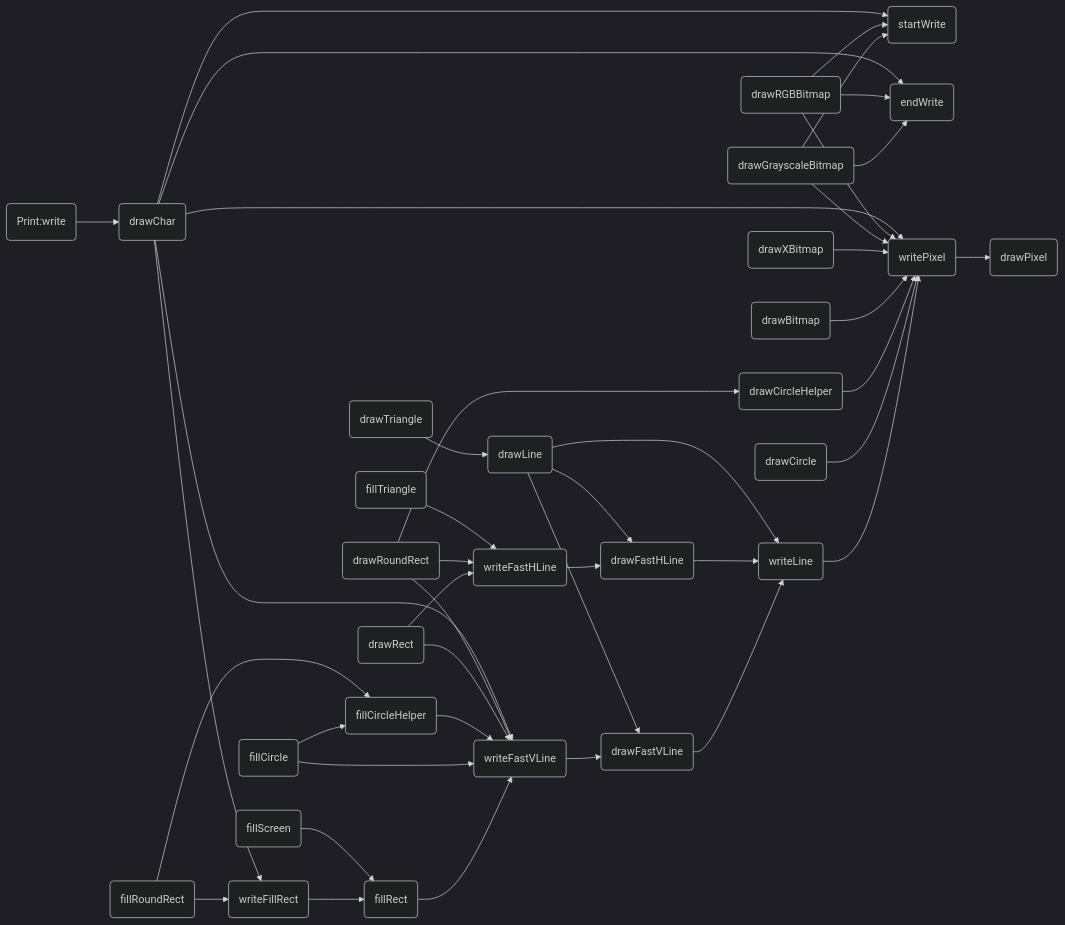
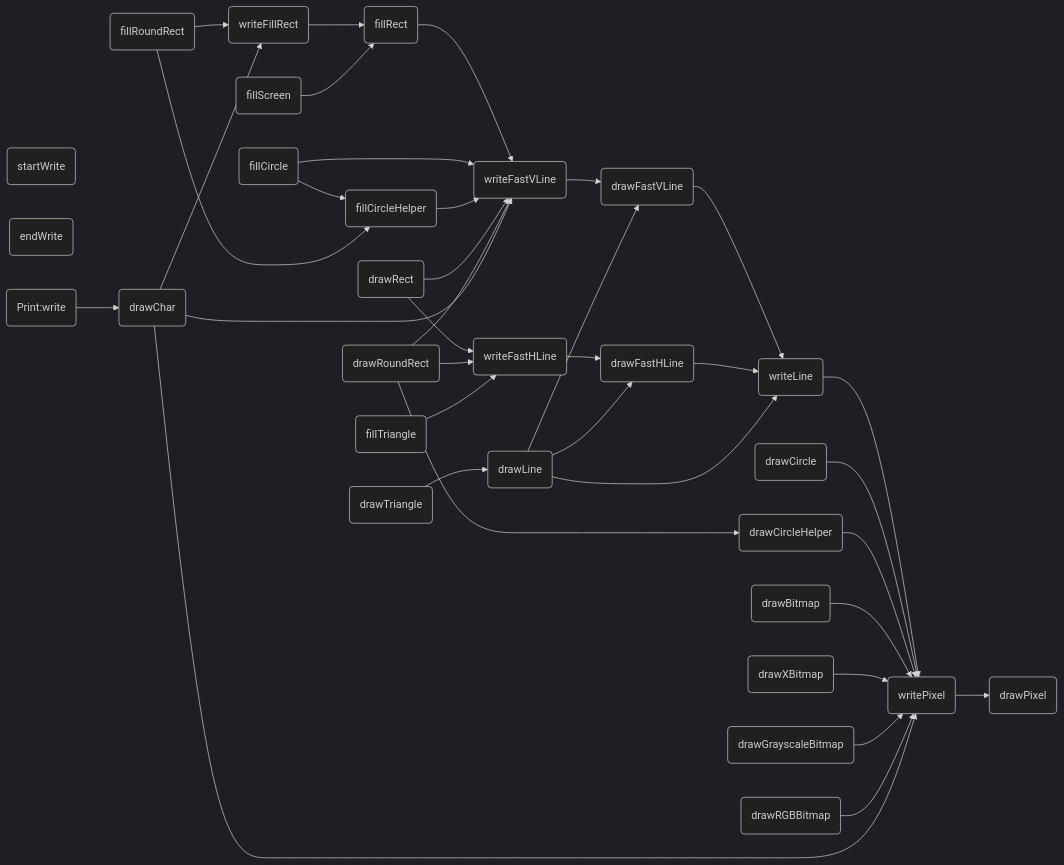
One commit to icodezhanglei/iodraw-files changed the diagram in all/未命名.md. Above: the diagram before and after it, drawn with Mermaid (dark theme).

Commit message:
2024-09-13 18:47:08 update

````diff
--- a/all/未命名.md
+++ b/all/未命名.md
@@ -1,61 +1,61 @@
 ```mermaid
 flowchart LR
 
 drawPixel(drawPixel)
 startWrite(startWrite)
 endWrite(endWrite)
 writePixel(writePixel)
 writeFillRect(writeFillRect)
 writeFastVLine(writeFastVLine)
 writeFastHLine(writeFastHLine)
 writeLine(writeLine)
 drawFastVLine(drawFastVLine)
 drawFastHLine(drawFastHLine)
 fillRect(fillRect)
 fillScreen(fillScreen)
 drawLine(drawLine)
 drawRect(drawRect)
 drawCircle(drawCircle)
 drawCircleHelper(drawCircleHelper)
 fillCircle(fillCircle)
 fillCircleHelper(fillCircleHelper)
 drawTriangle(drawTriangle)
 fillTriangle(fillTriangle)
 drawRoundRect(drawRoundRect)
 fillRoundRect(fillRoundRect)
 drawBitmap(drawBitmap)
 drawXBitmap(drawXBitmap)
 drawGrayscaleBitmap(drawGrayscaleBitmap)
 drawRGBBitmap(drawRGBBitmap)
 drawChar(drawChar)
 write(Print:write)
 
 
 writeLine --> writePixel --> drawPixel
 
 writeFastVLine --> drawFastVLine
 drawFastVLine --> writeLine
 
 writeFastHLine --> drawFastHLine
 drawFastHLine --> writeLine
 
 writeFillRect --> fillRect --> writeFastVLine
 
 fillScreen --> fillRect
 drawLine --> drawFastVLine & drawFastHLine &  writeLine
 drawCircle -->  writePixel
 drawCircleHelper --> writePixel
 fillCircle --> writeFastVLine & fillCircleHelper
 fillCircleHelper --> writeFastVLine
 drawRect --> writeFastHLine & writeFastVLine
 drawRoundRect --> writeFastHLine & writeFastVLine & drawCircleHelper
 fillRoundRect -->  writeFillRect & fillCircleHelper
 drawTriangle --> drawLine
 fillTriangle --> writeFastHLine
 drawBitmap -->  writePixel
 drawXBitmap -->  writePixel
-drawGrayscaleBitmap --> startWrite & endWrite & writePixel
-drawRGBBitmap --> startWrite & endWrite & writePixel
-drawChar --> startWrite & endWrite & writePixel & writeFillRect & writeFastVLine
+drawGrayscaleBitmap -->  writePixel
+drawRGBBitmap --> writePixel
+drawChar --> writePixel & writeFillRect & writeFastVLine
 write --> drawChar
 ```
````
